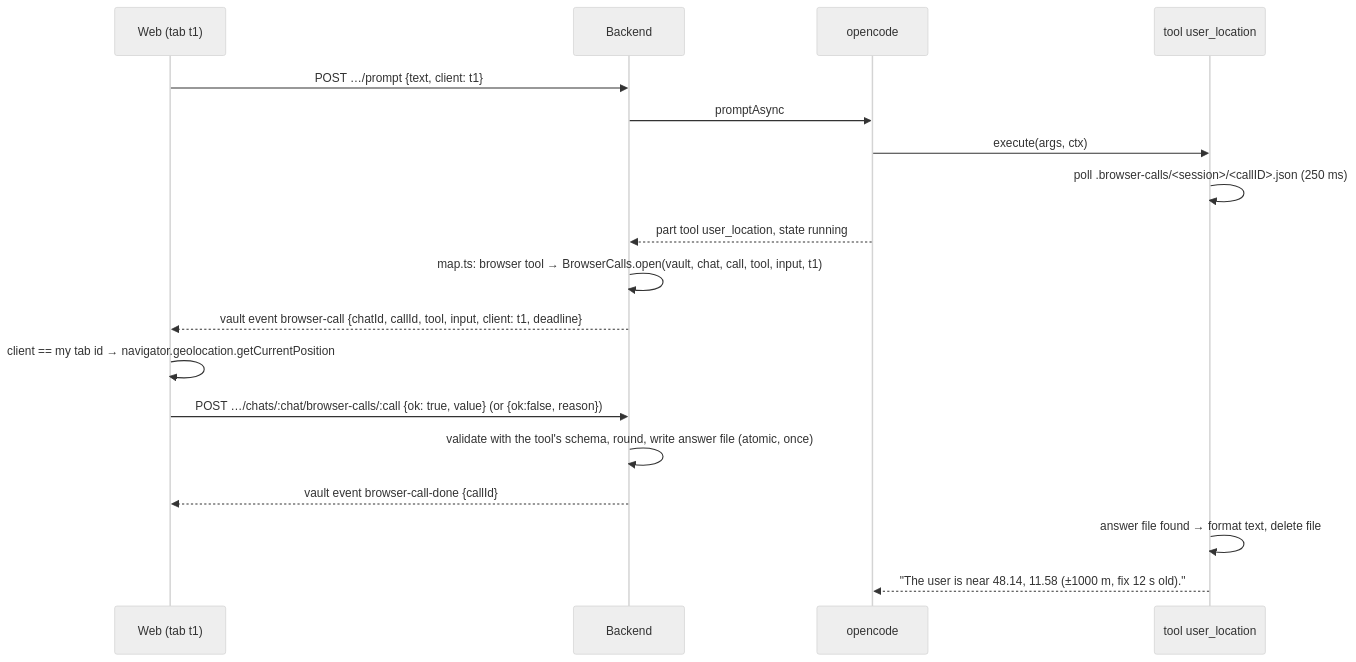
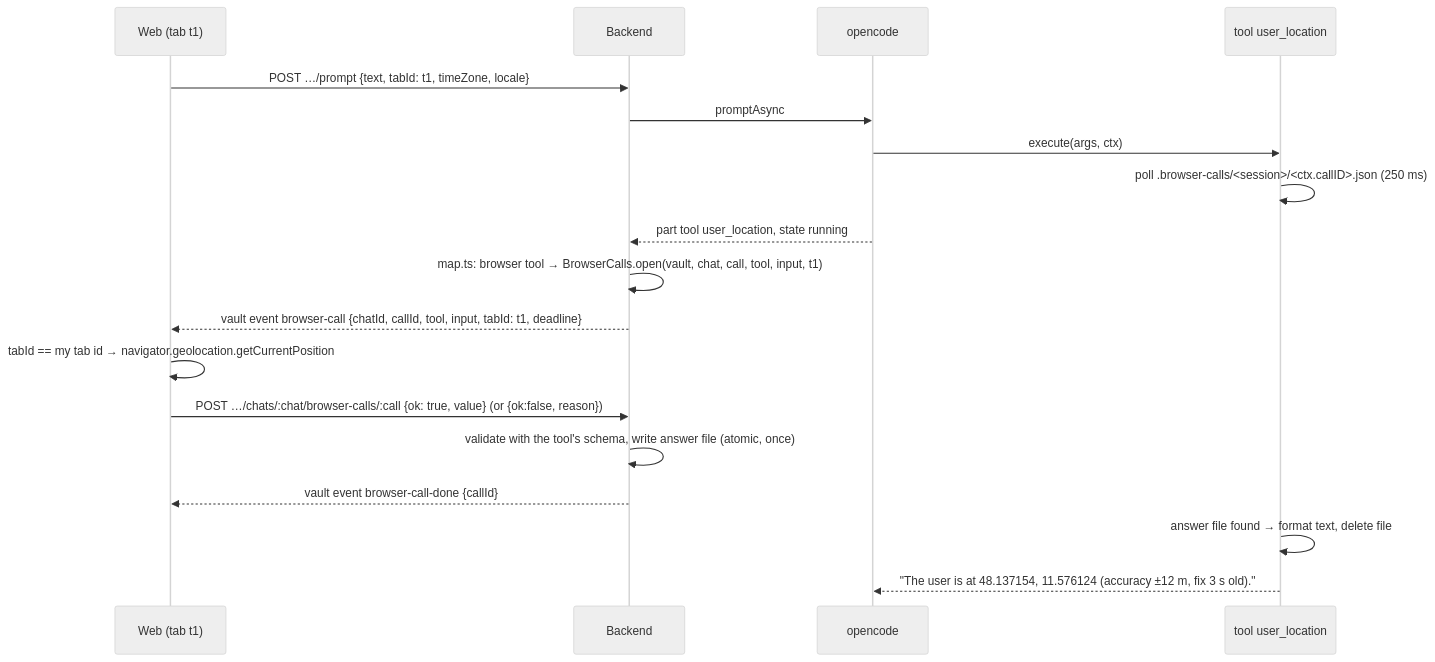
The second of 2 diagrams in specs/changes/browser-tools/architecture.md (tillg/karpathy.app), drawn with Mermaid (neutral theme) before and after one commit. The commit also changed other lines of this file and 38 other files, not shown here.

First line of the commit message:
browser-tools: local time and position from the browser (#151)

````diff
--- a/specs/changes/browser-tools/architecture.md
+++ b/specs/changes/browser-tools/architecture.md
@@ -43,20 +68,20 @@
 ```mermaid
 sequenceDiagram
   participant W as Web (tab t1)
   participant B as Backend
   participant O as opencode
   participant T as tool user_location
-  W->>B: POST …/prompt {text, client: t1}
+  W->>B: POST …/prompt {text, tabId: t1, timeZone, locale}
   B->>O: promptAsync
   O->>T: execute(args, ctx)
-  T->>T: poll .browser-calls/<session>/<callID>.json (250 ms)
+  T->>T: poll .browser-calls/<session>/<ctx.callID>.json (250 ms)
   O-->>B: part tool user_location, state running
   B->>B: map.ts: browser tool → BrowserCalls.open(vault, chat, call, tool, input, t1)
-  B-->>W: vault event browser-call {chatId, callId, tool, input, client: t1, deadline}
-  W->>W: client == my tab id → navigator.geolocation.getCurrentPosition
+  B-->>W: vault event browser-call {chatId, callId, tool, input, tabId: t1, deadline}
+  W->>W: tabId == my tab id → navigator.geolocation.getCurrentPosition
   W->>B: POST …/chats/:chat/browser-calls/:call {ok: true, value} (or {ok:false, reason})
-  B->>B: validate with the tool's schema, round, write answer file (atomic, once)
+  B->>B: validate with the tool's schema, write answer file (atomic, once)
   B-->>W: vault event browser-call-done {callId}
   T->>T: answer file found → format text, delete file
-  T-->>O: "The user is near 48.14, 11.58 (±1000 m, fix 12 s old)."
+  T-->>O: "The user is at 48.137154, 11.576124 (accuracy ±12 m, fix 3 s old)."
 ```
````
